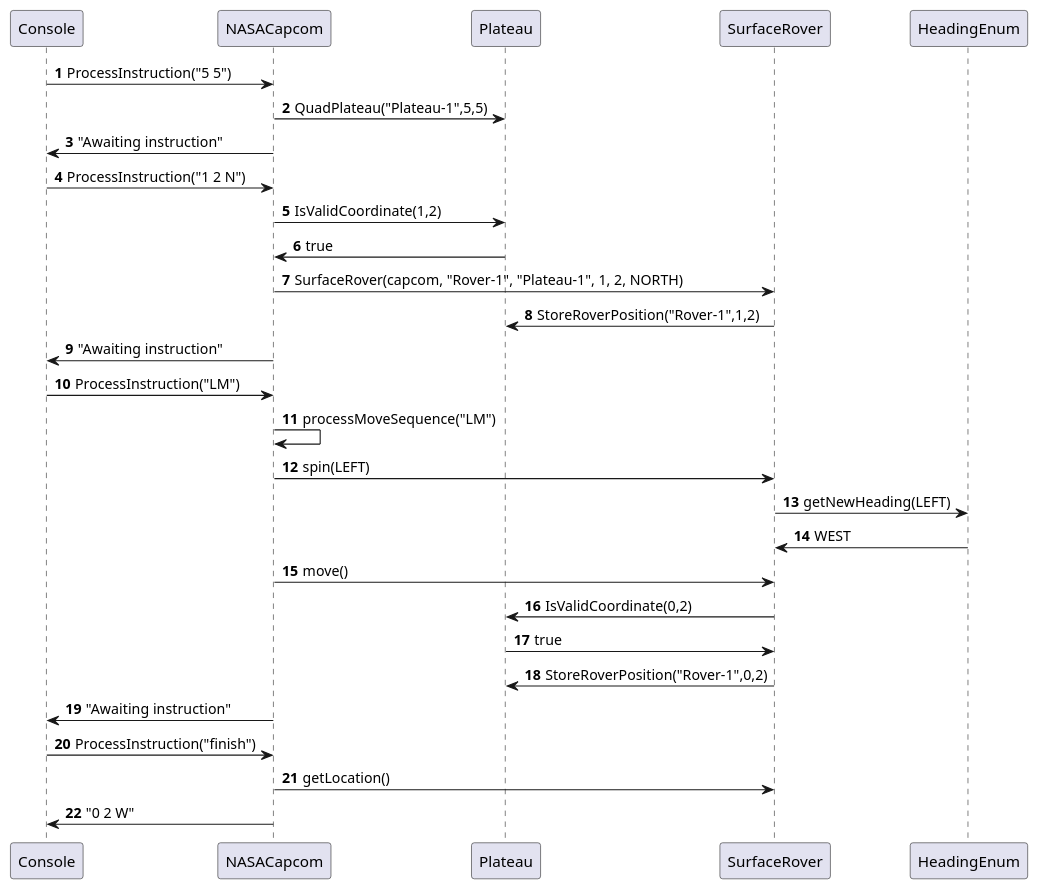
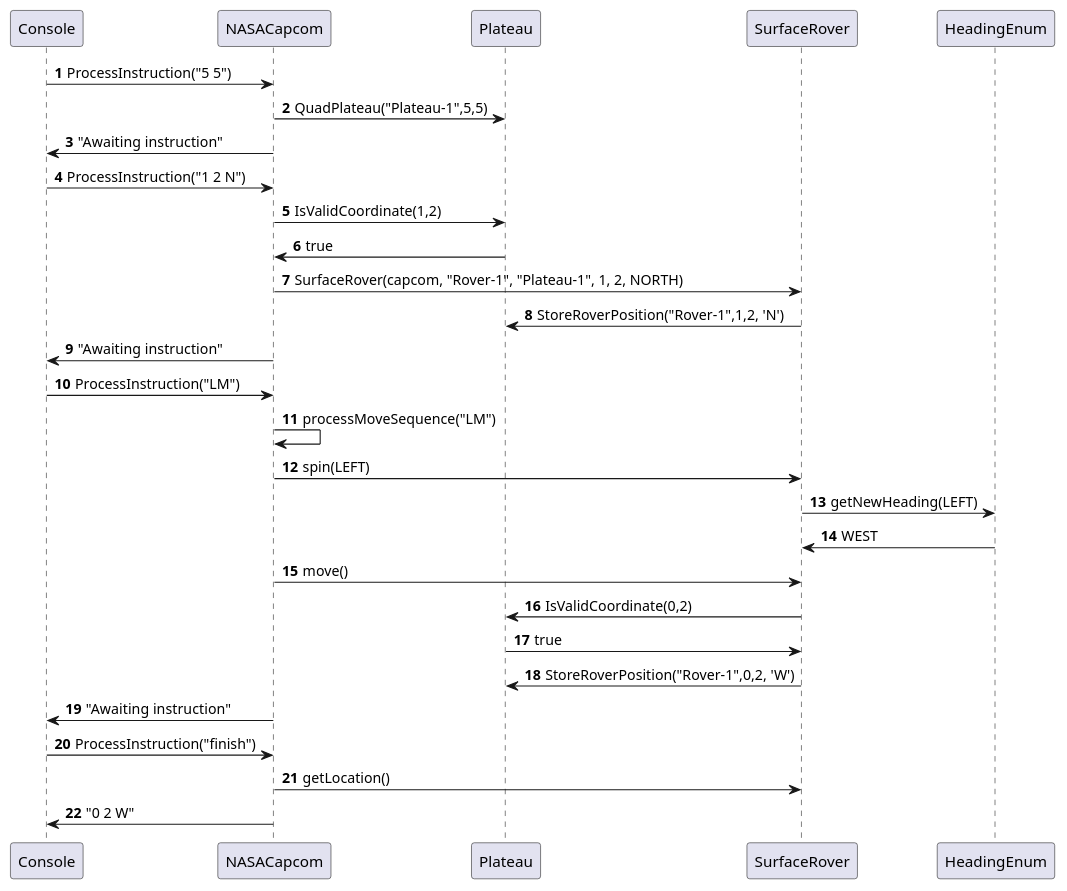
The diagram in uml/MarsRoverSequenceDiagram.puml (probert999/mars-rover), drawn with PlantUML before and after one commit. The commit also changed 4 other files, not shown here.

```diff
--- a/uml/MarsRoverSequenceDiagram.puml
+++ b/uml/MarsRoverSequenceDiagram.puml
@@ -1,29 +1,29 @@
 @startuml
 'https://plantuml.com/sequence-diagram
 
 autonumber
 
 Console -> NASACapcom: ProcessInstruction("5 5")
 NASACapcom -> Plateau: QuadPlateau("Plateau-1",5,5)
 NASACapcom -> Console: "Awaiting instruction"
 Console -> NASACapcom: ProcessInstruction("1 2 N")
 NASACapcom -> Plateau: IsValidCoordinate(1,2)
 Plateau -> NASACapcom: true
 NASACapcom -> SurfaceRover : SurfaceRover(capcom, "Rover-1", "Plateau-1", 1, 2, NORTH)
-SurfaceRover -> Plateau : StoreRoverPosition("Rover-1",1,2)
+SurfaceRover -> Plateau : StoreRoverPosition("Rover-1",1,2, 'N')
 NASACapcom -> Console: "Awaiting instruction"
 Console -> NASACapcom: ProcessInstruction("LM")
 NASACapcom -> NASACapcom: processMoveSequence("LM")
 NASACapcom -> SurfaceRover: spin(LEFT)
 SurfaceRover -> HeadingEnum: getNewHeading(LEFT)
 HeadingEnum -> SurfaceRover: WEST
 NASACapcom -> SurfaceRover: move()
 SurfaceRover -> Plateau: IsValidCoordinate(0,2)
 Plateau -> SurfaceRover: true
-SurfaceRover -> Plateau: StoreRoverPosition("Rover-1",0,2)
+SurfaceRover -> Plateau: StoreRoverPosition("Rover-1",0,2, 'W')
 NASACapcom -> Console: "Awaiting instruction"
 Console -> NASACapcom: ProcessInstruction("finish")
 NASACapcom -> SurfaceRover : getLocation()
 NASACapcom -> Console : "0 2 W"
 
 @enduml
```
